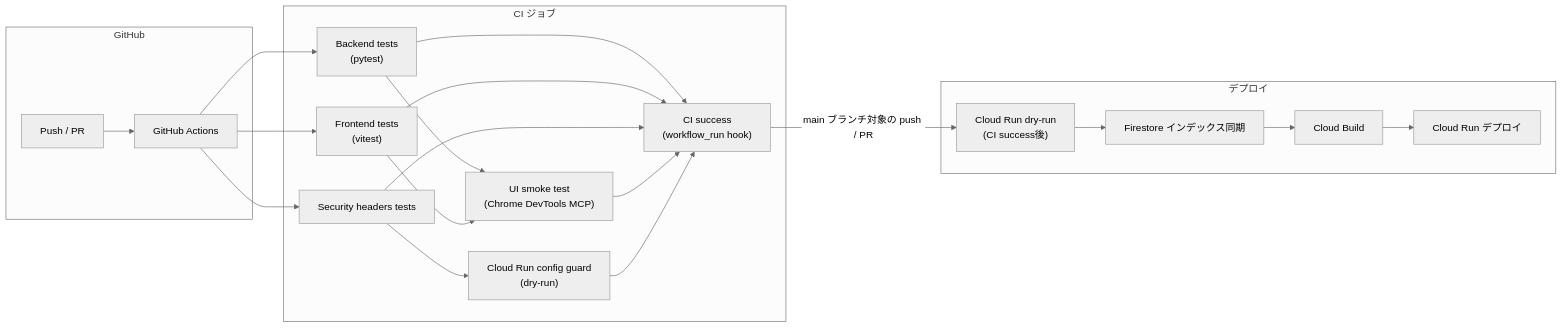
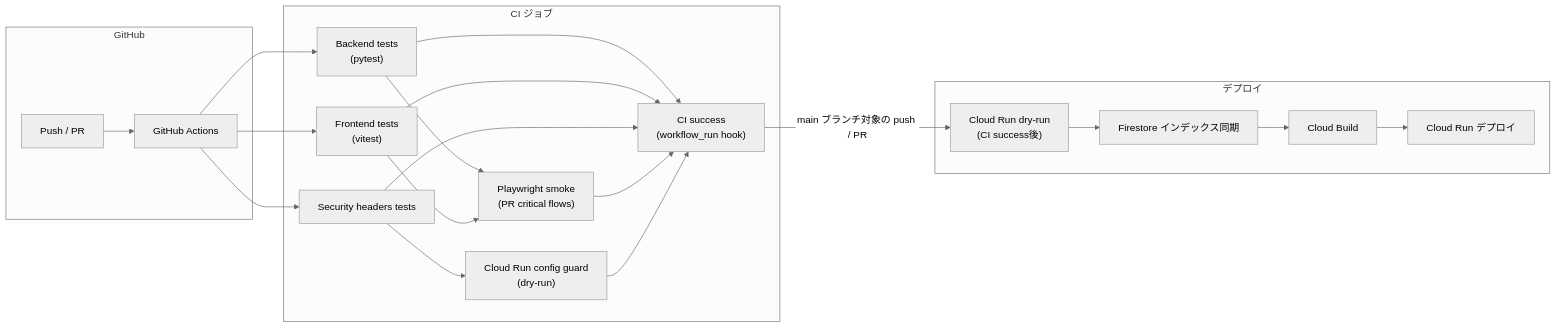
One commit to RiSEblackbird/wordpack-for-english changed the third of 6 diagrams in docs/infrastructure.md. Above: the diagram before and after it, drawn with Mermaid (neutral theme). The commit also changed other lines of this file and 10 other files, not shown here.

Commit message:
MCP UIスモーク記述の整理 / Remove MCP UI smoke docs

````diff
--- a/docs/infrastructure.md
+++ b/docs/infrastructure.md
@@ -118,40 +118,40 @@
 ```mermaid
 flowchart LR
     subgraph GitHub["GitHub"]
         Push["Push / PR"]
         Actions["GitHub Actions"]
     end
 
     subgraph CI["CI ジョブ"]
         BackendTest["Backend tests<br/>(pytest)"]
         SecurityTest["Security headers tests"]
         FrontendTest["Frontend tests<br/>(vitest)"]
-        UISmoke["UI smoke test<br/>(Chrome DevTools MCP)"]
+        PlaywrightSmoke["Playwright smoke<br/>(PR critical flows)"]
         CloudRunGuard["Cloud Run config guard<br/>(dry-run)"]
         CISuccess["CI success<br/>(workflow_run hook)"]
     end
 
     subgraph Deploy["デプロイ"]
         DryRun["Cloud Run dry-run<br/>(CI success後)"]
         FirestoreIndex["Firestore インデックス同期"]
         CloudBuild["Cloud Build"]
         CloudRun["Cloud Run デプロイ"]
     end
 
     Push --> Actions
     Actions --> BackendTest
     Actions --> SecurityTest
     Actions --> FrontendTest
-    BackendTest --> UISmoke
-    FrontendTest --> UISmoke
+    BackendTest --> PlaywrightSmoke
+    FrontendTest --> PlaywrightSmoke
     SecurityTest --> CloudRunGuard
     BackendTest --> CISuccess
     FrontendTest --> CISuccess
     SecurityTest --> CISuccess
-    UISmoke --> CISuccess
+    PlaywrightSmoke --> CISuccess
     CloudRunGuard --> CISuccess
     CISuccess -->|main ブランチ対象の push / PR| DryRun
     DryRun --> FirestoreIndex
     FirestoreIndex --> CloudBuild
     CloudBuild --> CloudRun
 ```
````
